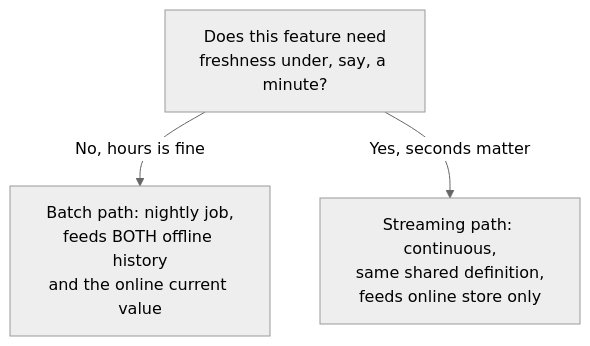
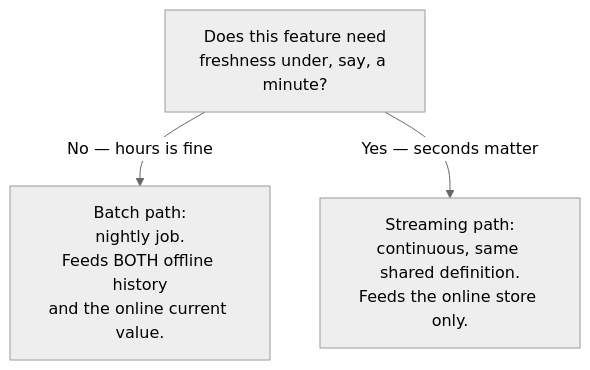
The fifth of 11 diagrams in system-design/HLD/0-course/65-Design-a-Feature-Store-for-ML-FAANG-Guide-story.md (riyaz-pasha/Learnings), drawn with Mermaid (neutral theme) before and after one commit. The commit also changed other lines of this file and 1 other file, not shown here.

Commit message:
[REWRITE] Feature Store for ML story guide: simplify prose, add structure, fix diagrams

````diff
--- a/system-design/HLD/0-course/65-Design-a-Feature-Store-for-ML-FAANG-Guide-story.md
+++ b/system-design/HLD/0-course/65-Design-a-Feature-Store-for-ML-FAANG-Guide-story.md
@@ -132,5 +304,5 @@
 ```mermaid
 flowchart TD
-    A["Does this feature need\nfreshness under, say, a minute?"] -->|No, hours is fine| B["Batch path: nightly job,\nfeeds BOTH offline history\nand the online current value"]
-    A -->|Yes, seconds matter| C["Streaming path: continuous,\nsame shared definition,\nfeeds online store only"]
+    A["Does this feature need<br/>freshness under, say, a minute?"] -->|"No — hours is fine"| B["Batch path:<br/>nightly job.<br/>Feeds BOTH offline history<br/>and the online current value."]
+    A -->|"Yes — seconds matter"| C["Streaming path:<br/>continuous, same shared definition.<br/>Feeds the online store only."]
 ```
````
